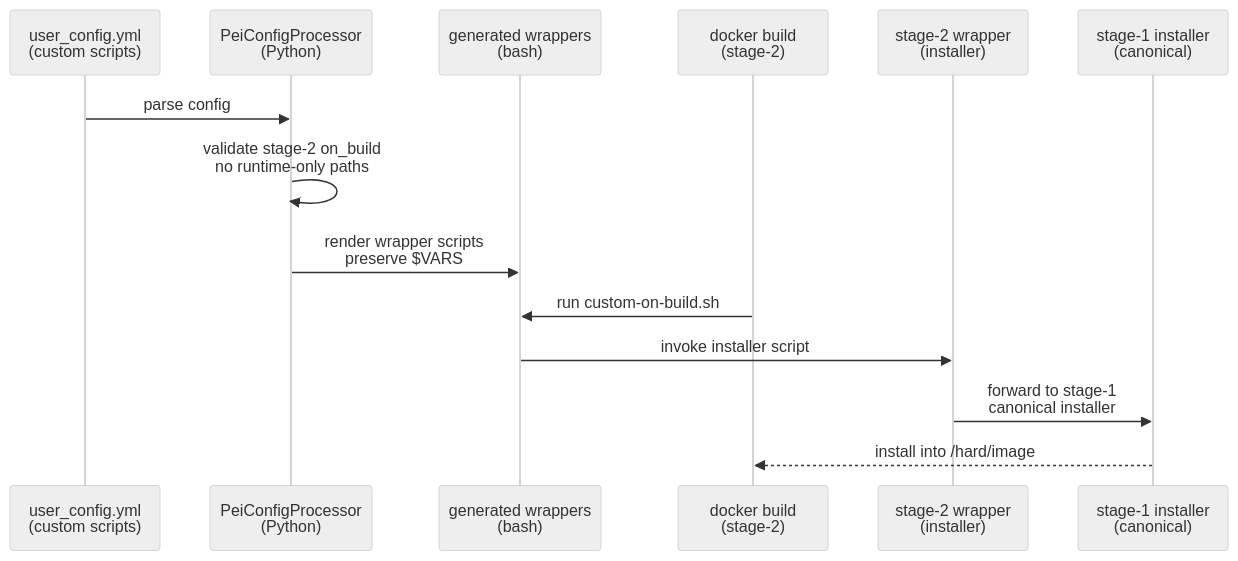
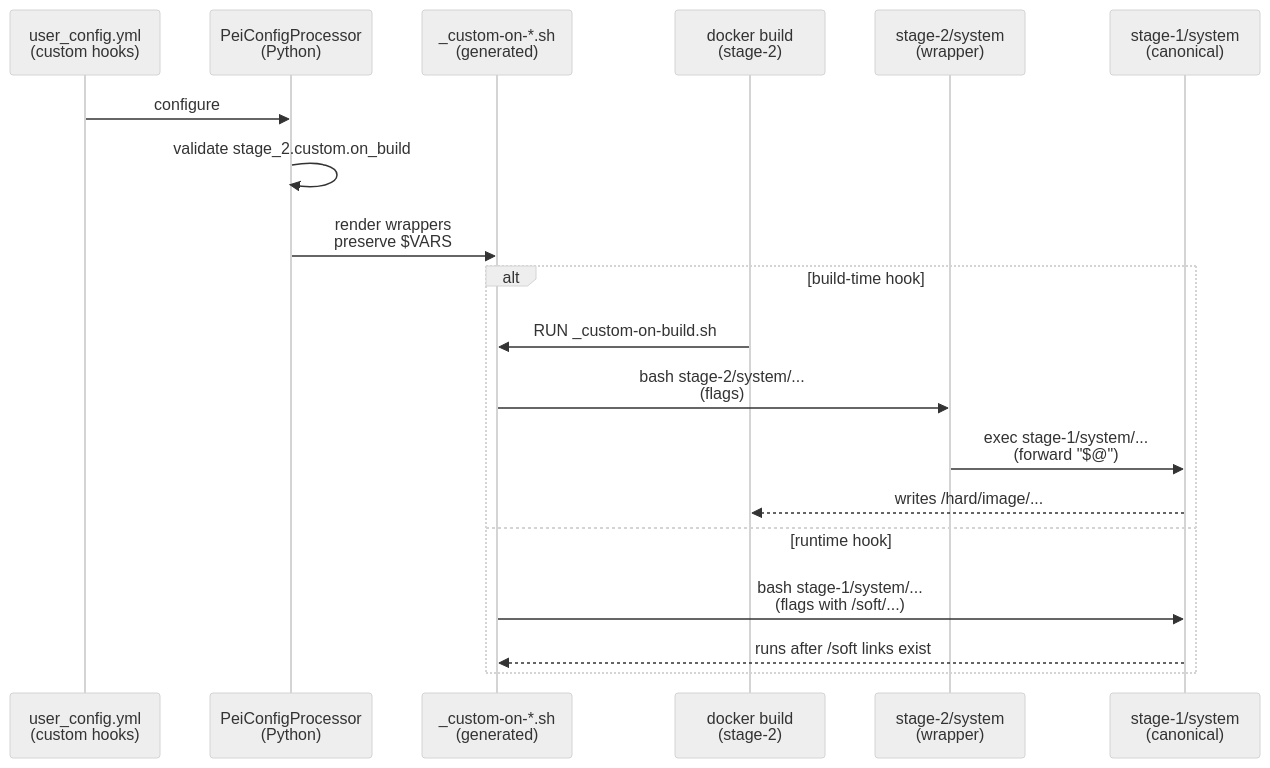
One commit to igamenovoer/PeiDocker changed the first of 5 diagrams in openspec/changes/storage-agnostic-install-scripts/impl-guides/impl-integrate-groups.md. Above: the diagram before and after it, drawn with Mermaid (neutral theme). The commit also changed other lines of this file and 7 other files, not shown here.

````diff
--- a/openspec/changes/storage-agnostic-install-scripts/impl-guides/impl-integrate-groups.md
+++ b/openspec/changes/storage-agnostic-install-scripts/impl-guides/impl-integrate-groups.md
@@ -38,17 +18,23 @@
 ```mermaid
 sequenceDiagram
-    participant UC as user_config.yml<br/>(custom scripts)
+    participant UC as user_config.yml<br/>(custom hooks)
     participant CP as PeiConfigProcessor<br/>(Python)
-    participant WR as generated wrappers<br/>(bash)
+    participant WR as _custom-on-*.sh<br/>(generated)
     participant DK as docker build<br/>(stage-2)
-    participant S2 as stage-2 wrapper<br/>(installer)
-    participant S1 as stage-1 installer<br/>(canonical)
+    participant S2 as stage-2/system<br/>(wrapper)
+    participant S1 as stage-1/system<br/>(canonical)
 
-    UC->>CP: parse config
-    CP->>CP: validate stage-2 on_build<br/>no runtime-only paths
-    CP->>WR: render wrapper scripts<br/>preserve $VARS
-    DK->>WR: run custom-on-build.sh
-    WR->>S2: invoke installer script
-    S2->>S1: forward to stage-1<br/>canonical installer
-    S1-->>DK: install into /hard/image
+    UC->>CP: configure
+    CP->>CP: validate stage_2.custom.on_build
+    CP->>WR: render wrappers<br/>preserve $VARS
+
+    alt build-time hook
+        DK->>WR: RUN _custom-on-build.sh
+        WR->>S2: bash stage-2/system/...<br/>(flags)
+        S2->>S1: exec stage-1/system/...<br/>(forward "$@")
+        S1-->>DK: writes /hard/image/...
+    else runtime hook
+        WR->>S1: bash stage-1/system/...<br/>(flags with /soft/...)
+        S1-->>WR: runs after /soft links exist
+    end
 ```
````
